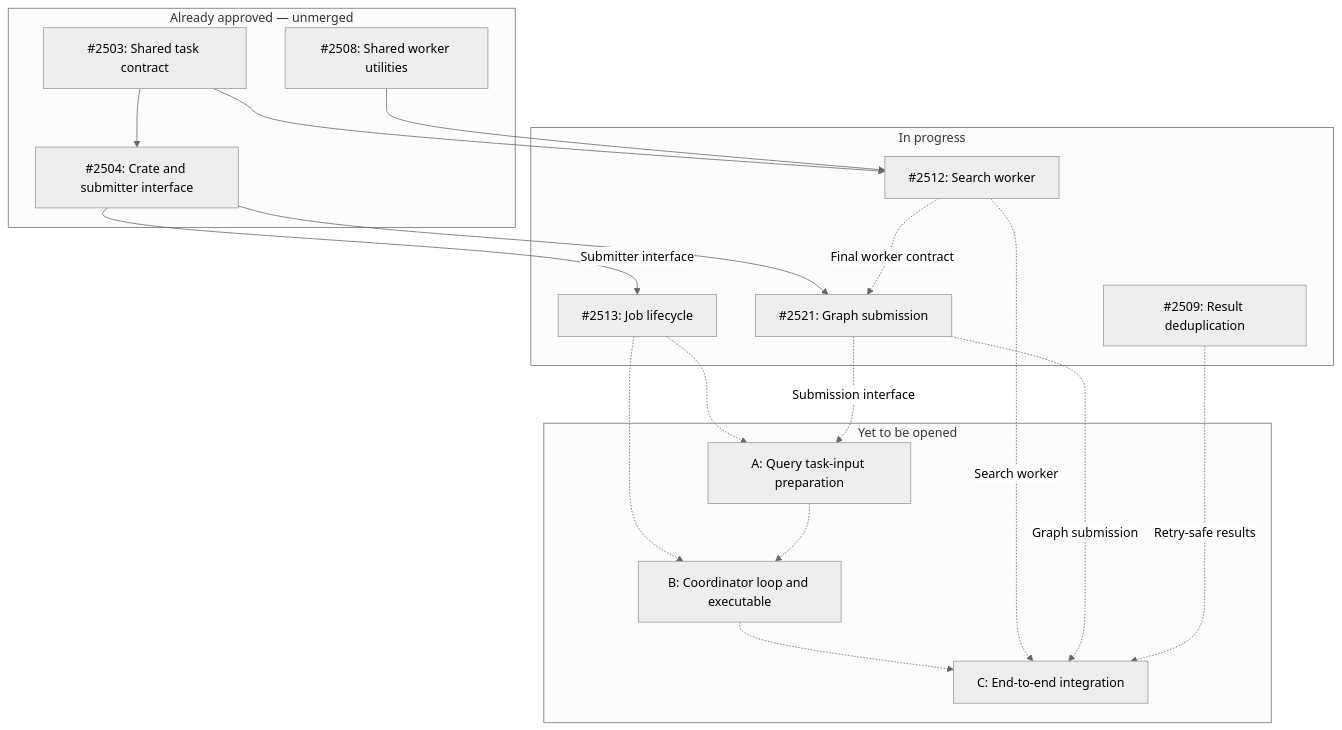
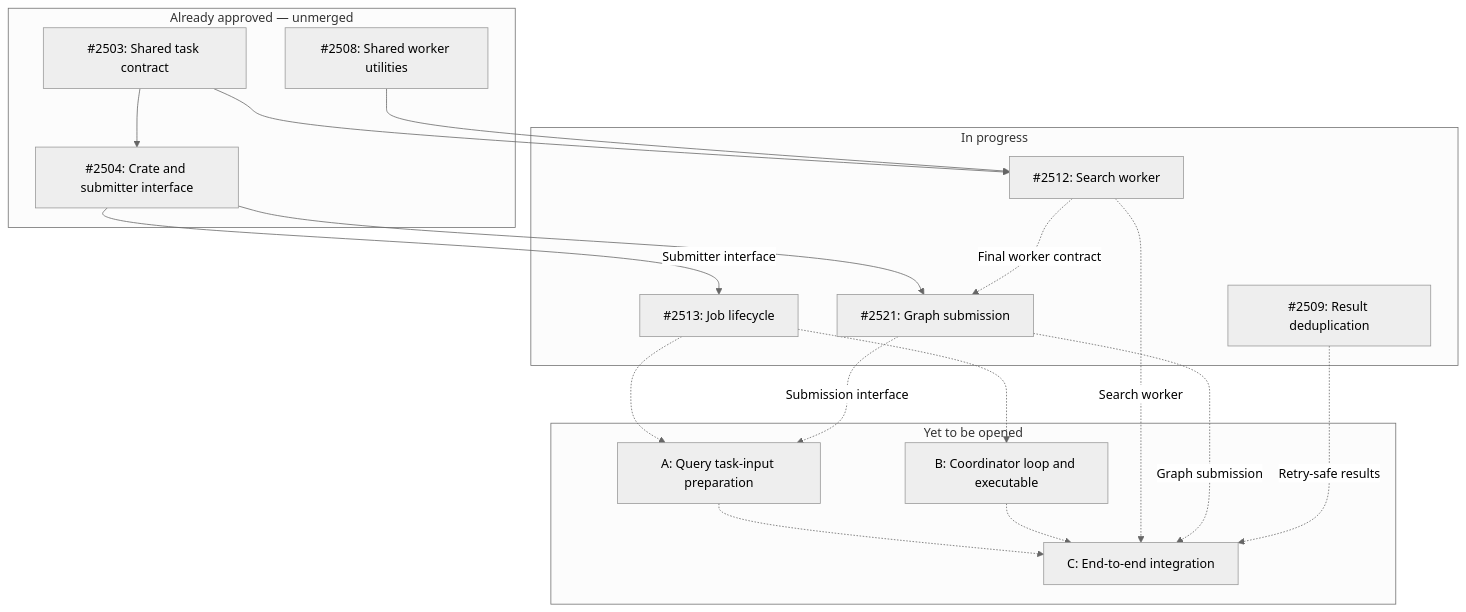
The diagram in query-coordinator/query-coordinator-pr-plan.md (Bill-hbrhbr/personal-yscope-docs), drawn with Mermaid (neutral theme) before and after one commit. The commit also changed other lines of this file, not shown here.

````diff
--- a/query-coordinator/query-coordinator-pr-plan.md
+++ b/query-coordinator/query-coordinator-pr-plan.md
@@ -101,39 +102,38 @@
 ```mermaid
 flowchart TD
     subgraph Approved["Already approved — unmerged"]
         P2503["#2503: Shared task contract"]
         P2504["#2504: Crate and submitter interface"]
         P2508["#2508: Shared worker utilities"]
     end
 
     subgraph Progress["In progress"]
         P2509["#2509: Result deduplication"]
         P2512["#2512: Search worker"]
         P2513["#2513: Job lifecycle"]
         P2521["#2521: Graph submission"]
     end
 
     subgraph Planned["Yet to be opened"]
         A["A: Query task-input preparation"]
         B["B: Coordinator loop and executable"]
         C["C: End-to-end integration"]
     end
 
     P2503 --> P2504
     P2503 --> P2512
     P2508 --> P2512
     P2504 -->|"Submitter interface"| P2513
     P2504 --> P2521
     P2512 -.->|"Final worker contract"| P2521
 
     P2513 -.-> A
     P2521 -.->|"Submission interface"| A
 
     P2513 -.-> B
-    A -.-> B
-
+    A -.-> C
     B -.-> C
     P2512 -.->|"Search worker"| C
     P2521 -.->|"Graph submission"| C
     P2509 -.->|"Retry-safe results"| C
 ```
````
